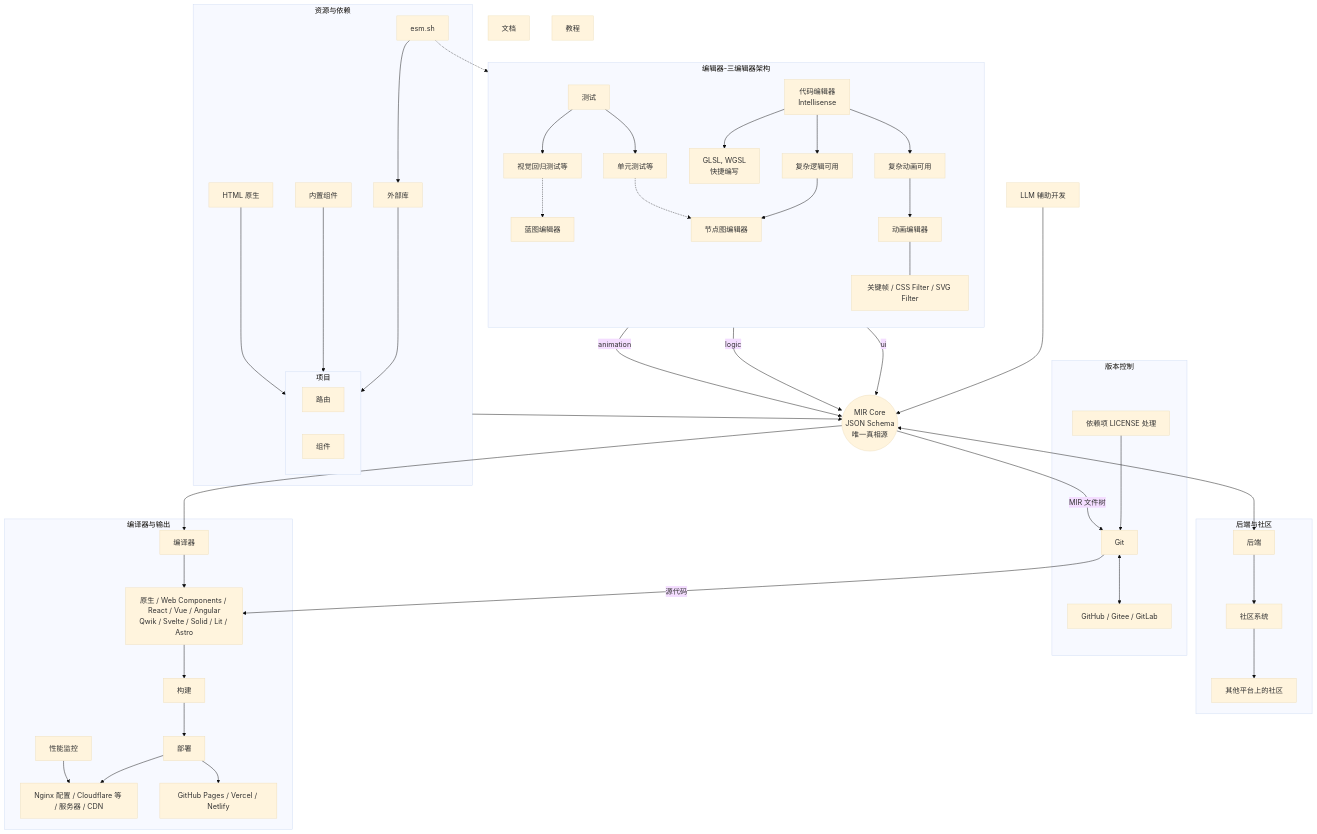
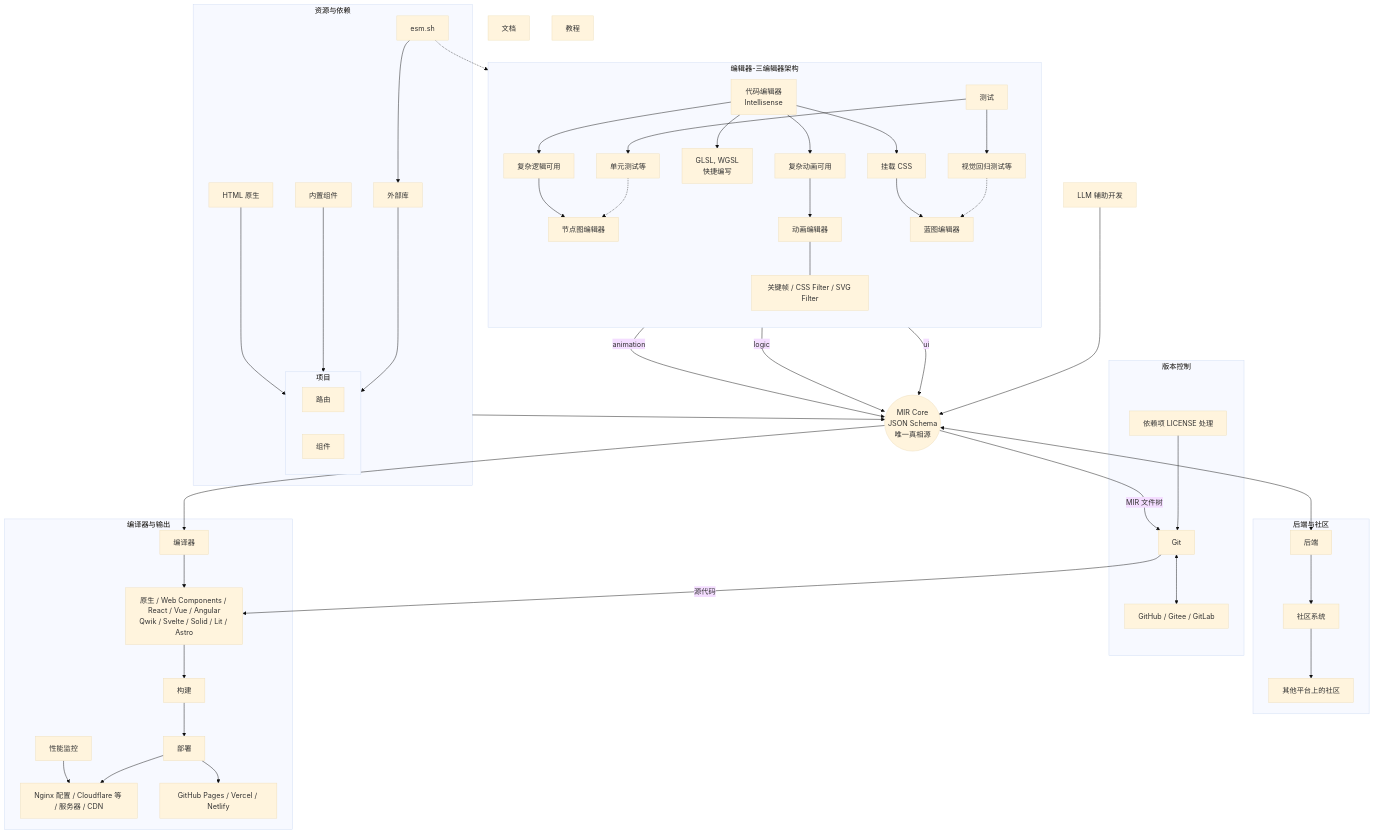
One commit to Mdr-Tutorials/Mdr-Front-Engine changed the diagram in AGENTS.md. Above: the diagram before and after it, drawn with Mermaid (base theme). The commit also changed 50 other files, not shown here.

```diff
--- a/AGENTS.md
+++ b/AGENTS.md
@@ -28,10 +28,12 @@
         GLSL[GLSL, WGSL<br>快捷编写]
         ComplexLogic[复杂逻辑可用]
         ComplexAnim[复杂动画可用]
+        AttachedCSS[挂载 CSS]
 
         CodeEditor --> GLSL
         CodeEditor --> ComplexLogic --> NodeGraph
         CodeEditor --> ComplexAnim --> AnimEditor
+        CodeEditor --> AttachedCSS --> Blueprint
 
         %% 测试与编辑器的连接
         VisualTest -.-> Blueprint
```
